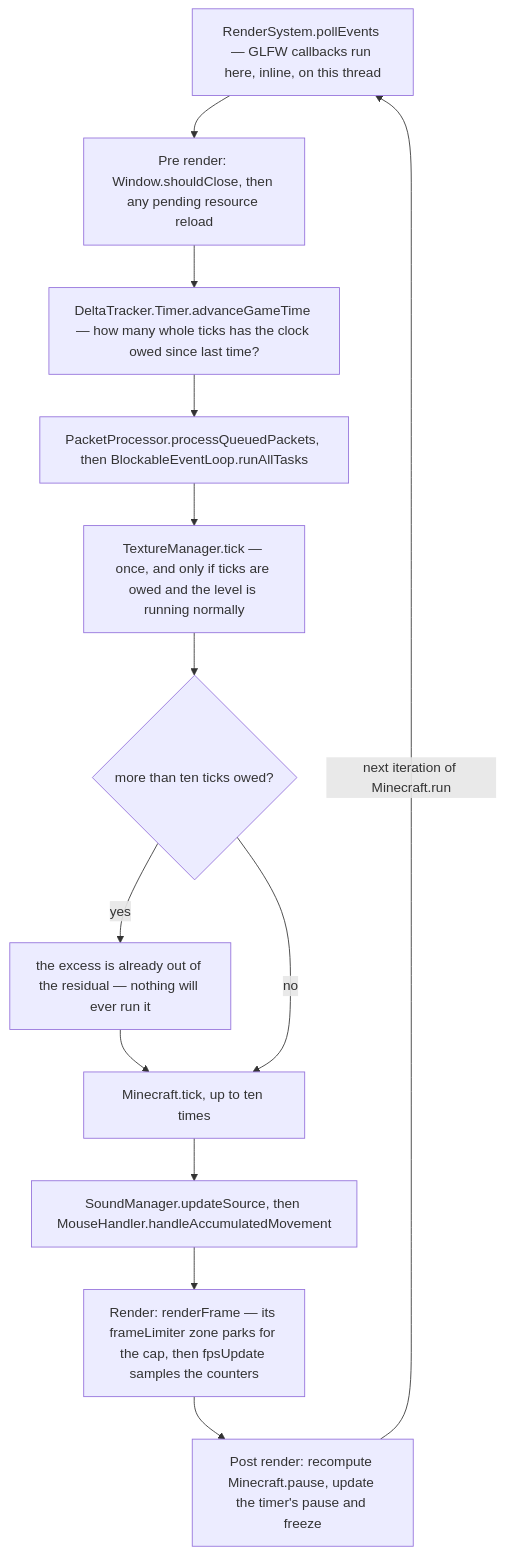
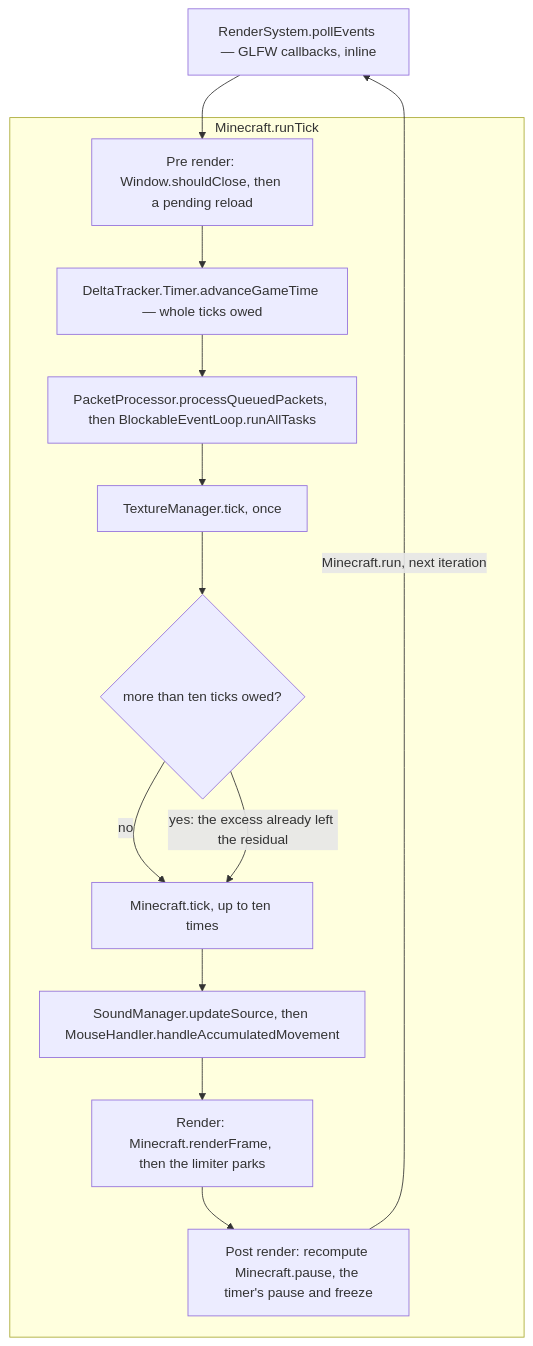
One commit to AlexanderjFraser/MinecraftDocs changed the diagram in src/systems/client/the-client-loop.md. Above: the diagram before and after it, drawn with Mermaid. The commit also changed other lines of this file and 18 other files, not shown here.

````diff
--- a/src/systems/client/the-client-loop.md
+++ b/src/systems/client/the-client-loop.md
@@ -53,19 +53,21 @@
 ```mermaid
 flowchart TD
-    POLL["RenderSystem.pollEvents — GLFW callbacks run here, inline, on this thread"]
-    PRE["Pre render: Window.shouldClose, then any pending resource reload"]
-    ASK["DeltaTracker.Timer.advanceGameTime — how many whole ticks has the clock owed since last time?"]
-    DRAIN["PacketProcessor.processQueuedPackets, then BlockableEventLoop.runAllTasks"]
-    TEX["TextureManager.tick — once, and only if ticks are owed and the level is running normally"]
-    CLAMP{"more than ten ticks owed?"}
-    DROP["the excess is already out of the residual — nothing will ever run it"]
-    TICK["Minecraft.tick, up to ten times"]
-    PREFRAME["SoundManager.updateSource, then MouseHandler.handleAccumulatedMovement"]
-    FRAME["Render: renderFrame — its frameLimiter zone parks for the cap, then fpsUpdate samples the counters"]
-    POST["Post render: recompute Minecraft.pause, update the timer's pause and freeze"]
-    POLL --> PRE --> ASK --> DRAIN --> TEX --> CLAMP
-    CLAMP -- "yes" --> DROP --> TICK
-    CLAMP -- "no" --> TICK
-    TICK --> PREFRAME --> FRAME --> POST
-    POST -- "next iteration of Minecraft.run" --> POLL
+    POLL["RenderSystem.pollEvents — GLFW callbacks, inline"]
+    subgraph RT["Minecraft.runTick"]
+        PRE["Pre render: Window.shouldClose, then a pending reload"]
+        ASK["DeltaTracker.Timer.advanceGameTime — whole ticks owed"]
+        DRAIN["PacketProcessor.processQueuedPackets, then BlockableEventLoop.runAllTasks"]
+        TEX["TextureManager.tick, once"]
+        CLAMP{"more than ten ticks owed?"}
+        TICK["Minecraft.tick, up to ten times"]
+        PREFRAME["SoundManager.updateSource, then MouseHandler.handleAccumulatedMovement"]
+        FRAME["Render: Minecraft.renderFrame, then the limiter parks"]
+        POST["Post render: recompute Minecraft.pause, the timer's pause and freeze"]
+        PRE --> ASK --> DRAIN --> TEX --> CLAMP
+        CLAMP -- "no" --> TICK
+        CLAMP -- "yes: the excess already left the residual" --> TICK
+        TICK --> PREFRAME --> FRAME --> POST
+    end
+    POLL --> PRE
+    POST -- "Minecraft.run, next iteration" --> POLL
 ```
````
